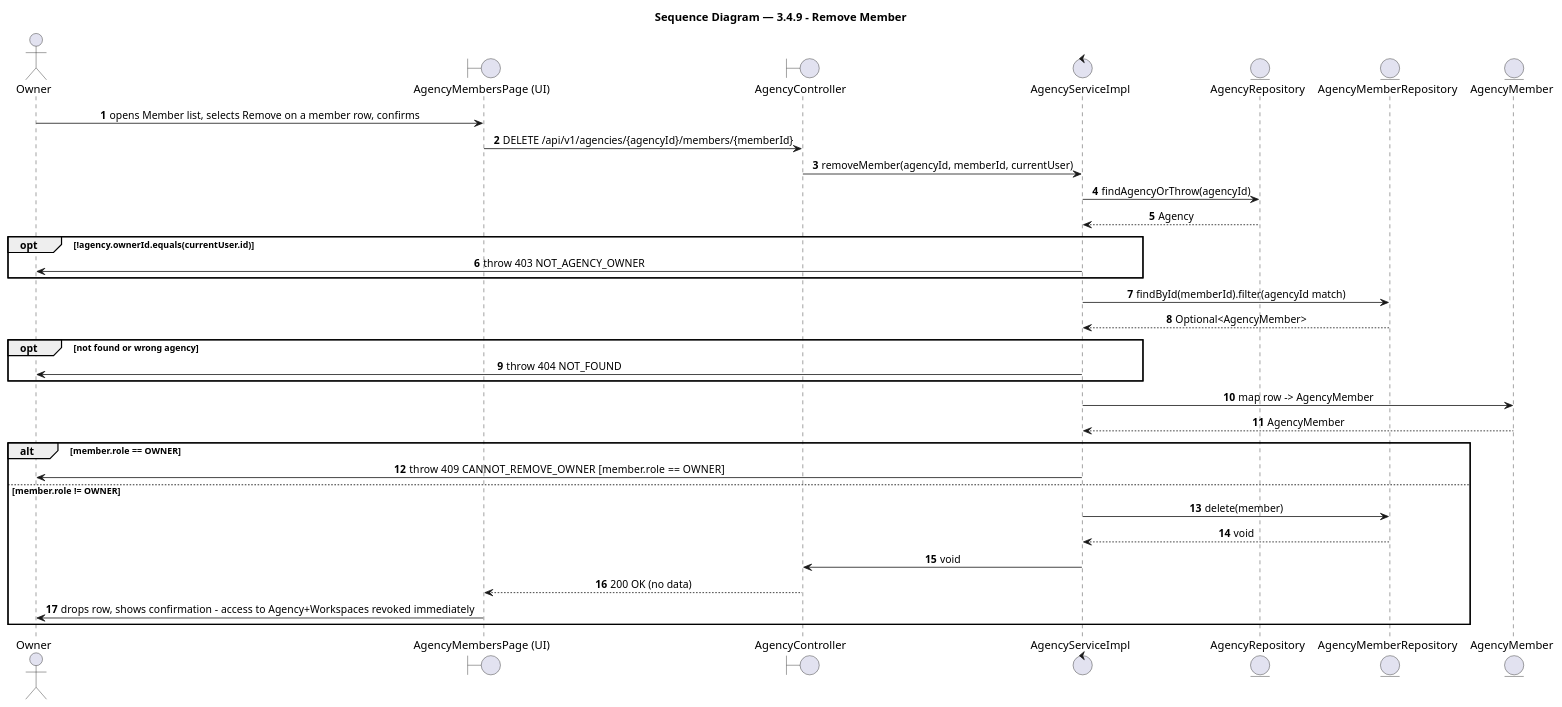
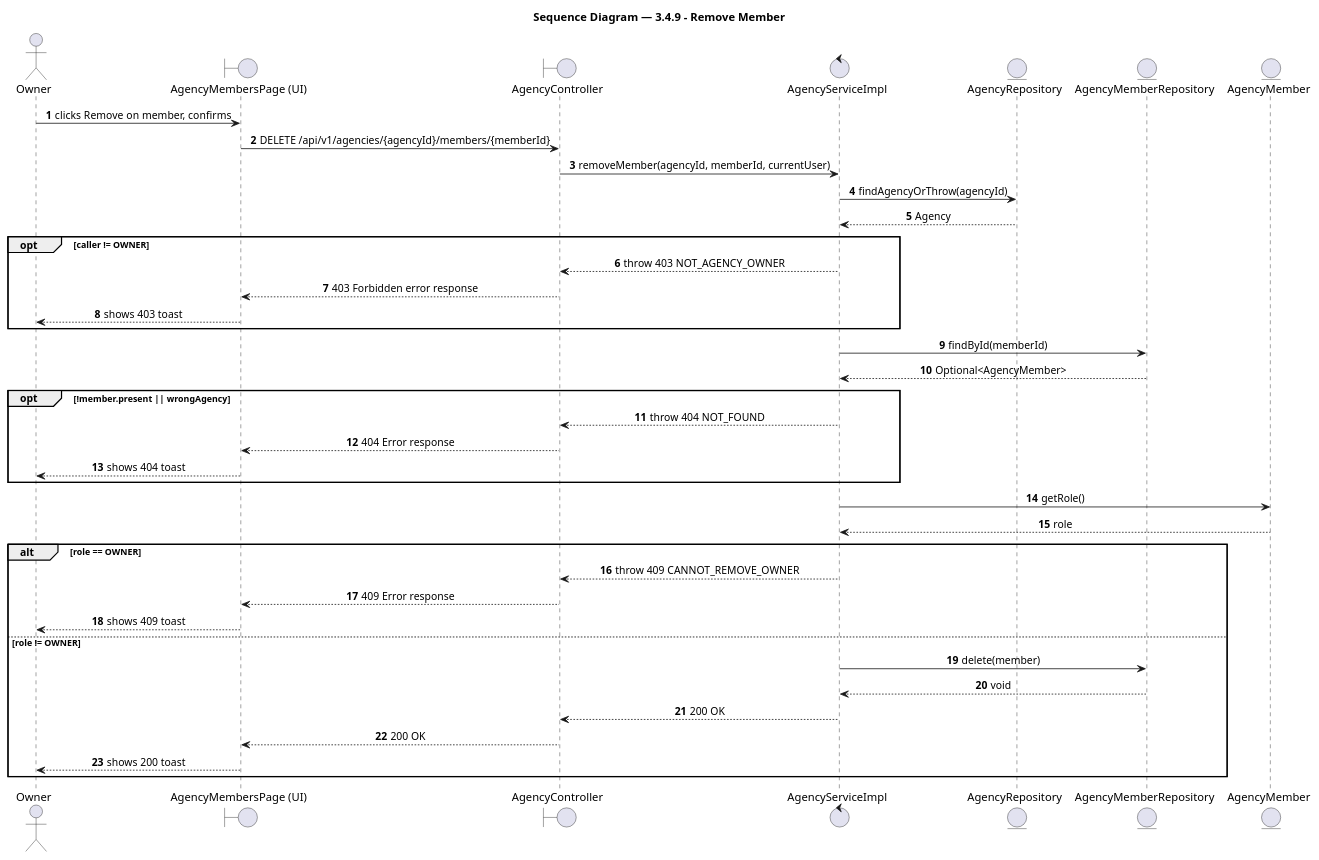
Before and after one commit to BrandHubOrganization/brandhub-infrastructure: the diagram in docs/feature/agency-workspace/3-4-9-remove-member/report4_sequence.puml, drawn with PlantUML. The commit also changed 33 other files, not shown here.

Commit message:
docs: add PlantUML sequence diagrams and class diagrams for agency workspace and profile features

```diff
--- a/docs/feature/agency-workspace/3-4-9-remove-member/report4_sequence.puml
+++ b/docs/feature/agency-workspace/3-4-9-remove-member/report4_sequence.puml
@@ -1,45 +1,51 @@
 @startuml 3.4.9 - Remove Member
 title Sequence Diagram — 3.4.9 - Remove Member
 
 autonumber
 skinparam shadowing false
 skinparam sequenceMessageAlign center
 skinparam BoxPadding 10
 skinparam ParticipantPadding 10
 
 ' === Participants ===
 actor "Owner" as owner
 boundary "AgencyMembersPage (UI)" as agencymemberspage_ui
 boundary "AgencyController" as agencycontroller
 control "AgencyServiceImpl" as agencyserviceimpl
 entity "AgencyRepository" as agencyrepository
 entity "AgencyMemberRepository" as agencymemberrepository
 entity "AgencyMember" as agencymember
 
 ' === Flow ===
-owner -> agencymemberspage_ui: opens Member list, selects Remove on a member row, confirms
+owner -> agencymemberspage_ui: clicks Remove on member, confirms
 agencymemberspage_ui -> agencycontroller: DELETE /api/v1/agencies/{agencyId}/members/{memberId}
 agencycontroller -> agencyserviceimpl: removeMember(agencyId, memberId, currentUser)
 agencyserviceimpl -> agencyrepository: findAgencyOrThrow(agencyId)
 agencyrepository --> agencyserviceimpl: Agency
-opt !agency.ownerId.equals(currentUser.id)
-  agencyserviceimpl -> owner: throw 403 NOT_AGENCY_OWNER
+opt caller != OWNER
+  agencyserviceimpl --> agencycontroller: throw 403 NOT_AGENCY_OWNER
+  agencycontroller --> agencymemberspage_ui: 403 Forbidden error response
+  agencymemberspage_ui --> owner: shows 403 toast
 end
-agencyserviceimpl -> agencymemberrepository: findById(memberId).filter(agencyId match)
+agencyserviceimpl -> agencymemberrepository: findById(memberId)
 agencymemberrepository --> agencyserviceimpl: Optional<AgencyMember>
-opt not found or wrong agency
-  agencyserviceimpl -> owner: throw 404 NOT_FOUND
+opt !member.present || wrongAgency
+  agencyserviceimpl --> agencycontroller: throw 404 NOT_FOUND
+  agencycontroller --> agencymemberspage_ui: 404 Error response
+  agencymemberspage_ui --> owner: shows 404 toast
 end
-agencyserviceimpl -> agencymember: map row -> AgencyMember
-agencymember --> agencyserviceimpl: AgencyMember
-alt member.role == OWNER
-  agencyserviceimpl -> owner: throw 409 CANNOT_REMOVE_OWNER  [member.role == OWNER]
-else member.role != OWNER
+agencyserviceimpl -> agencymember: getRole()
+agencymember --> agencyserviceimpl: role
+alt role == OWNER
+  agencyserviceimpl --> agencycontroller: throw 409 CANNOT_REMOVE_OWNER
+  agencycontroller --> agencymemberspage_ui: 409 Error response
+  agencymemberspage_ui --> owner: shows 409 toast
+else role != OWNER
   agencyserviceimpl -> agencymemberrepository: delete(member)
   agencymemberrepository --> agencyserviceimpl: void
-  agencyserviceimpl -> agencycontroller: void
-  agencycontroller --> agencymemberspage_ui: 200 OK (no data)
-  agencymemberspage_ui -> owner: drops row, shows confirmation - access to Agency+Workspaces revoked immediately
+  agencyserviceimpl --> agencycontroller: 200 OK
+  agencycontroller --> agencymemberspage_ui: 200 OK
+  agencymemberspage_ui --> owner: shows 200 toast
 end
 
 @enduml
```
